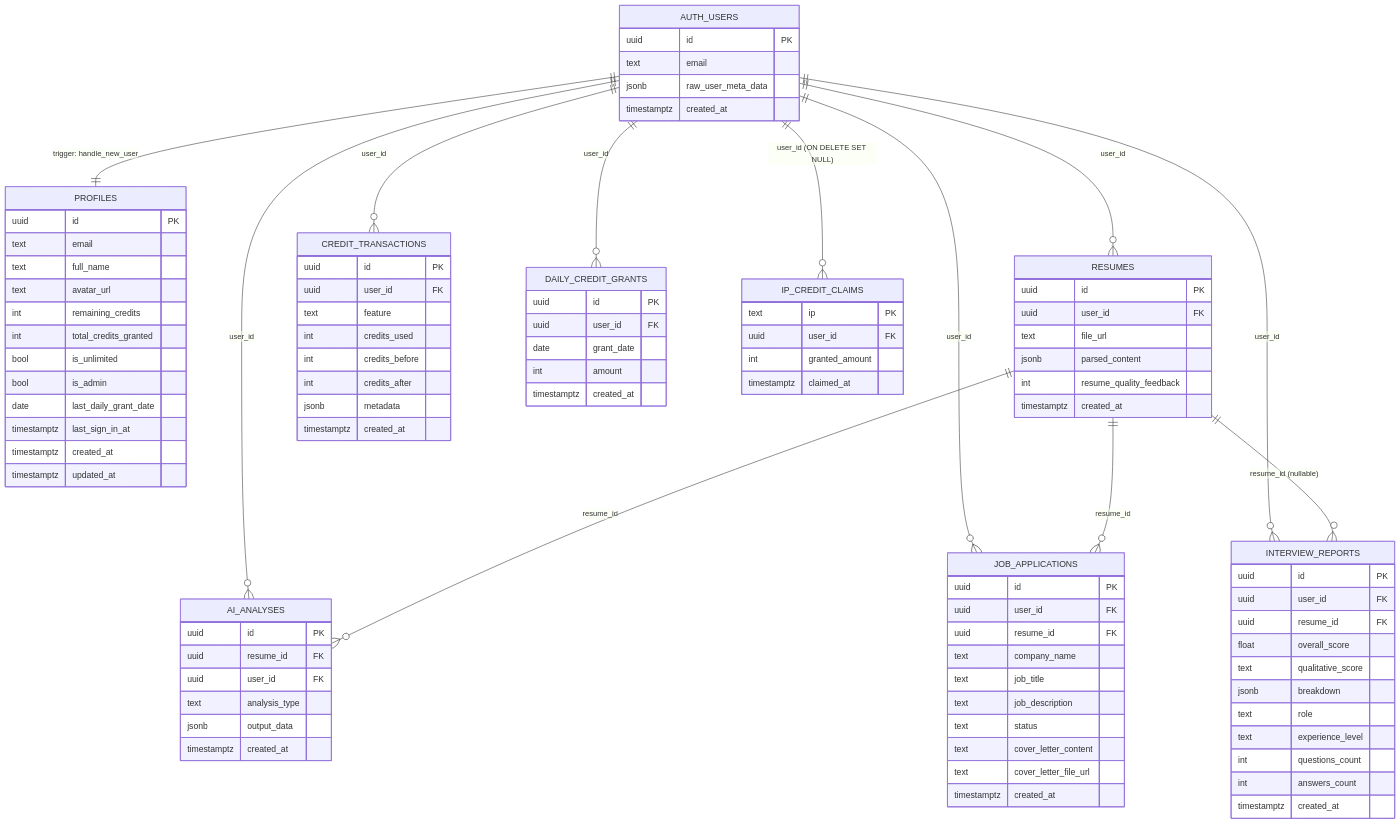
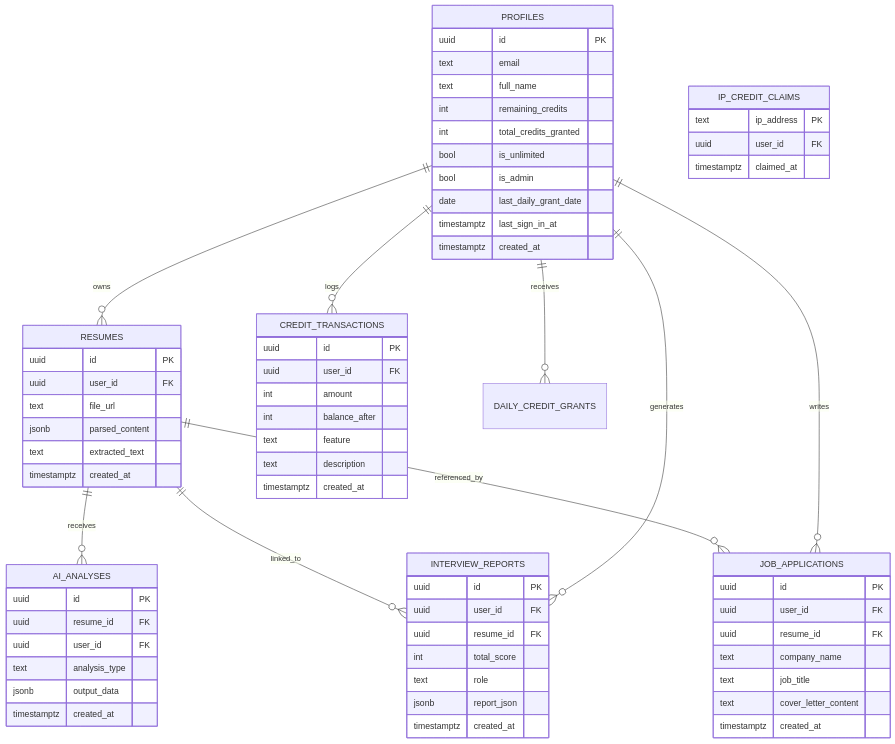
One commit to dhrv9023/prsnl changed the diagram in docs/architecture/flowcharts/diagram_04_db_schema.md. Above: the diagram before and after it, drawn with Mermaid. The commit also changed other lines of this file and 20 other files, not shown here.

First line of the commit message:
docs(architecture): enhance flowcharts with visual schematics and synchronize docs with latest codebase

````diff
--- a/docs/architecture/flowcharts/diagram_04_db_schema.md
+++ b/docs/architecture/flowcharts/diagram_04_db_schema.md
@@ -7,17 +53,19 @@
 ```mermaid
 erDiagram
-    AUTH_USERS {
-        uuid id PK
-        text email
-        jsonb raw_user_meta_data
-        timestamptz created_at
-    }
+    PROFILES ||--o{ RESUMES : owns
+    PROFILES ||--o{ CREDIT_TRANSACTIONS : logs
+    PROFILES ||--o{ DAILY_CREDIT_GRANTS : receives
+    PROFILES ||--o{ INTERVIEW_REPORTS : generates
+    PROFILES ||--o{ JOB_APPLICATIONS : writes
+
+    RESUMES ||--o{ AI_ANALYSES : receives
+    RESUMES ||--o{ JOB_APPLICATIONS : referenced_by
+    RESUMES ||--o{ INTERVIEW_REPORTS : linked_to
 
     PROFILES {
         uuid id PK
         text email
         text full_name
-        text avatar_url
         int remaining_credits
         int total_credits_granted
         bool is_unlimited
@@ -25,7 +73,6 @@
         date last_daily_grant_date
         timestamptz last_sign_in_at
         timestamptz created_at
-        timestamptz updated_at
     }
 
     RESUMES {
@@ -33,7 +80,7 @@
         uuid user_id FK
         text file_url
         jsonb parsed_content
-        int resume_quality_feedback
+        text extracted_text
         timestamptz created_at
     }
 
@@ -46,16 +93,13 @@
         timestamptz created_at
     }
 
-    JOB_APPLICATIONS {
+    CREDIT_TRANSACTIONS {
         uuid id PK
         uuid user_id FK
-        uuid resume_id FK
-        text company_name
-        text job_title
-        text job_description
-        text status
-        text cover_letter_content
-        text cover_letter_file_url
+        int amount
+        int balance_after
+        text feature
+        text description
         timestamptz created_at
     }
 
@@ -63,51 +107,25 @@
         uuid id PK
         uuid user_id FK
         uuid resume_id FK
-        float overall_score
-        text qualitative_score
-        jsonb breakdown
+        int total_score
         text role
-        text experience_level
-        int questions_count
-        int answers_count
+        jsonb report_json
         timestamptz created_at
     }
 
-    CREDIT_TRANSACTIONS {
+    JOB_APPLICATIONS {
         uuid id PK
         uuid user_id FK
-        text feature
-        int credits_used
-        int credits_before
-        int credits_after
-        jsonb metadata
-        timestamptz created_at
-    }
-
-    DAILY_CREDIT_GRANTS {
-        uuid id PK
-        uuid user_id FK
-        date grant_date
-        int amount
+        uuid resume_id FK
+        text company_name
+        text job_title
+        text cover_letter_content
         timestamptz created_at
     }
 
     IP_CREDIT_CLAIMS {
-        text ip PK
+        text ip_address PK
         uuid user_id FK
-        int granted_amount
         timestamptz claimed_at
     }
-
-    AUTH_USERS ||--|| PROFILES : "trigger: handle_new_user"
-    AUTH_USERS ||--o{ RESUMES : "user_id"
-    AUTH_USERS ||--o{ AI_ANALYSES : "user_id"
-    AUTH_USERS ||--o{ JOB_APPLICATIONS : "user_id"
-    AUTH_USERS ||--o{ INTERVIEW_REPORTS : "user_id"
-    AUTH_USERS ||--o{ CREDIT_TRANSACTIONS : "user_id"
-    AUTH_USERS ||--o{ DAILY_CREDIT_GRANTS : "user_id"
-    AUTH_USERS ||--o{ IP_CREDIT_CLAIMS : "user_id (ON DELETE SET NULL)"
-    RESUMES ||--o{ AI_ANALYSES : "resume_id"
-    RESUMES ||--o{ JOB_APPLICATIONS : "resume_id"
-    RESUMES ||--o{ INTERVIEW_REPORTS : "resume_id (nullable)"
 ```
````
